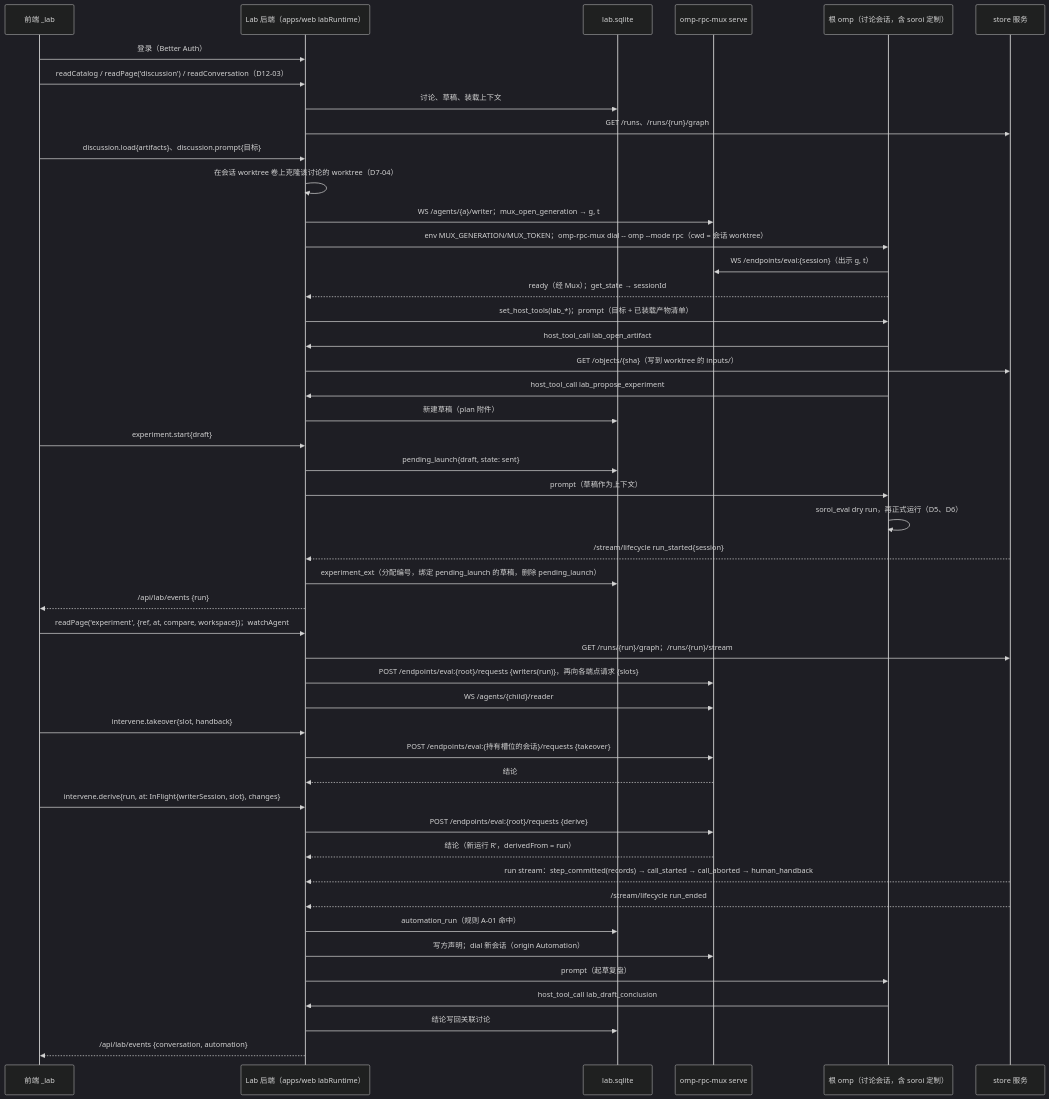
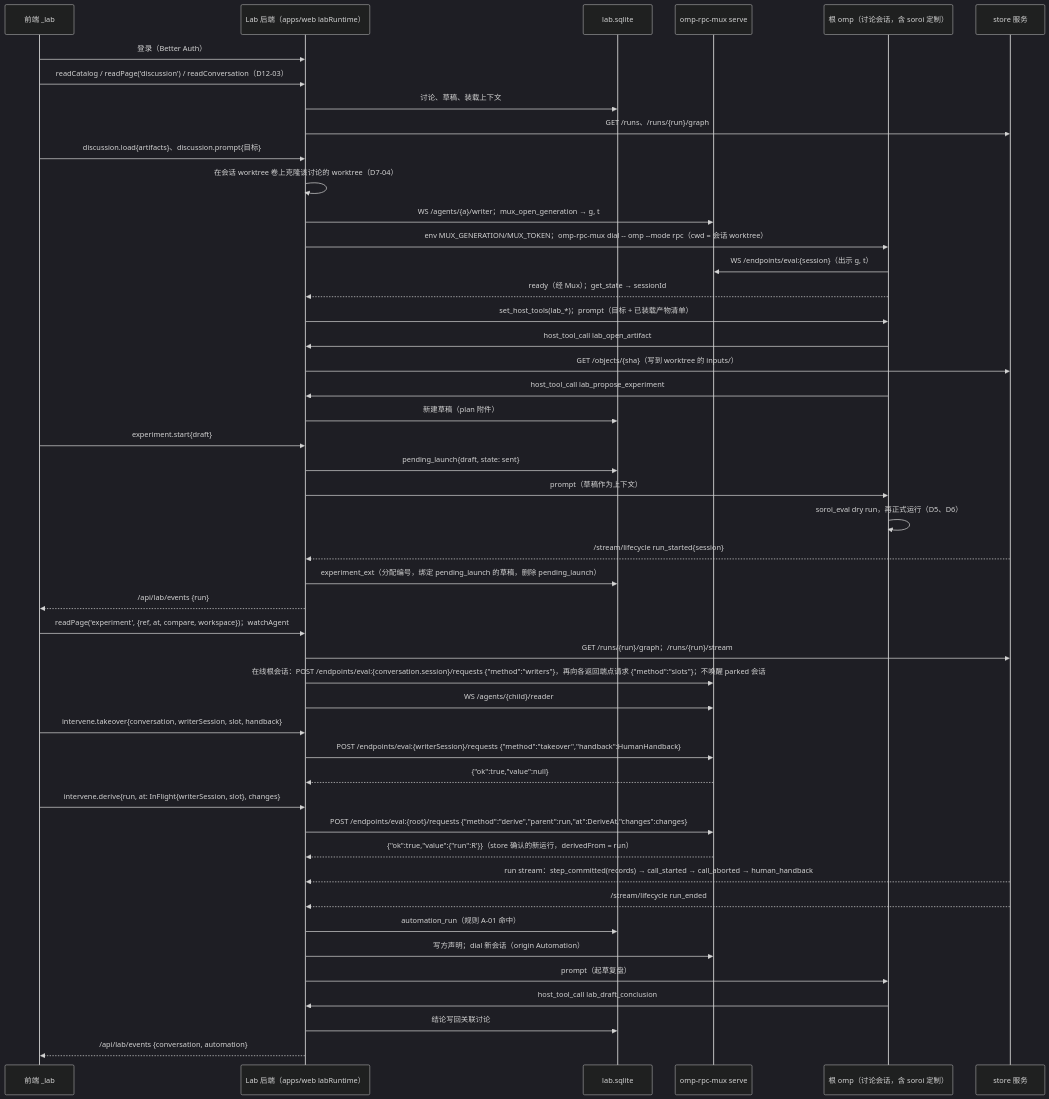
The diagram in evidence/decisions/D7-lab-backend.md (Pepgent/PM), drawn with Mermaid (dark theme) before and after one commit. The commit also changed other lines of this file and 5 other files, not shown here.

````diff
--- a/evidence/decisions/D7-lab-backend.md
+++ b/evidence/decisions/D7-lab-backend.md
@@ -166,49 +166,49 @@
 ```mermaid
 sequenceDiagram
     participant UI as 前端 _lab
     participant LAB as Lab 后端（apps/web labRuntime）
     participant DB as lab.sqlite
     participant MUX as omp-rpc-mux serve
     participant O as 根 omp（讨论会话，含 soroi 定制）
     participant ST as store 服务
     UI->>LAB: 登录（Better Auth）
     UI->>LAB: readCatalog / readPage('discussion') / readConversation（D12-03）
     LAB->>DB: 讨论、草稿、装载上下文
     LAB->>ST: GET /runs、/runs/{run}/graph
     UI->>LAB: discussion.load{artifacts}、discussion.prompt{目标}
     LAB->>LAB: 在会话 worktree 卷上克隆该讨论的 worktree（D7-04）
     LAB->>MUX: WS /agents/{a}/writer；mux_open_generation → g, t
     LAB->>O: env MUX_GENERATION/MUX_TOKEN；omp-rpc-mux dial -- omp --mode rpc（cwd = 会话 worktree）
     O->>MUX: WS /endpoints/eval:{session}（出示 g, t）
     O-->>LAB: ready（经 Mux）；get_state → sessionId
     LAB->>O: set_host_tools(lab_*)；prompt（目标 + 已装载产物清单）
     O->>LAB: host_tool_call lab_open_artifact
     LAB->>ST: GET /objects/{sha}（写到 worktree 的 inputs/）
     O->>LAB: host_tool_call lab_propose_experiment
     LAB->>DB: 新建草稿（plan 附件）
     UI->>LAB: experiment.start{draft}
     LAB->>DB: pending_launch{draft, state: sent}
     LAB->>O: prompt（草稿作为上下文）
     O->>O: soroi_eval dry run，再正式运行（D5、D6）
     ST-->>LAB: /stream/lifecycle run_started{session}
     LAB->>DB: experiment_ext（分配编号，绑定 pending_launch 的草稿，删除 pending_launch）
     LAB-->>UI: /api/lab/events {run}
     UI->>LAB: readPage('experiment', {ref, at, compare, workspace})；watchAgent
     LAB->>ST: GET /runs/{run}/graph；/runs/{run}/stream
-    LAB->>MUX: POST /endpoints/eval:{root}/requests {writers(run)}，再向各端点请求 {slots}
+    LAB->>MUX: 在线根会话：POST /endpoints/eval:{conversation.session}/requests {"method":"writers"}，再向各返回端点请求 {"method":"slots"}；不唤醒 parked 会话
     LAB->>MUX: WS /agents/{child}/reader
-    UI->>LAB: intervene.takeover{slot, handback}
-    LAB->>MUX: POST /endpoints/eval:{持有槽位的会话}/requests {takeover}
-    MUX-->>LAB: 结论
+    UI->>LAB: intervene.takeover{conversation, writerSession, slot, handback}
+    LAB->>MUX: POST /endpoints/eval:{writerSession}/requests {"method":"takeover","handback":HumanHandback}
+    MUX-->>LAB: {"ok":true,"value":null}
     UI->>LAB: intervene.derive{run, at: InFlight{writerSession, slot}, changes}
-    LAB->>MUX: POST /endpoints/eval:{root}/requests {derive}
-    MUX-->>LAB: 结论（新运行 R'，derivedFrom = run）
+    LAB->>MUX: POST /endpoints/eval:{root}/requests {"method":"derive","parent":run,"at":DeriveAt,"changes":changes}
+    MUX-->>LAB: {"ok":true,"value":{"run":R'}}（store 确认的新运行，derivedFrom = run）
     ST-->>LAB: run stream：step_committed(records) → call_started → call_aborted → human_handback
     ST-->>LAB: /stream/lifecycle run_ended
     LAB->>DB: automation_run（规则 A-01 命中）
     LAB->>MUX: 写方声明；dial 新会话（origin Automation）
     LAB->>O: prompt（起草复盘）
     O->>LAB: host_tool_call lab_draft_conclusion
     LAB->>DB: 结论写回关联讨论
     LAB-->>UI: /api/lab/events {conversation, automation}
 ```
````
